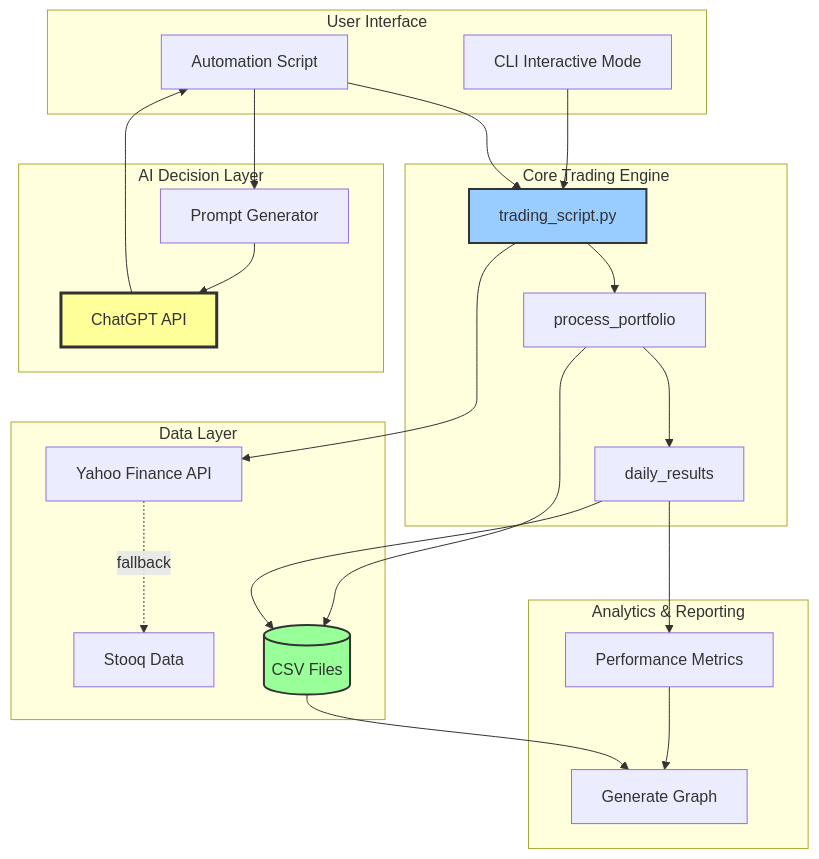
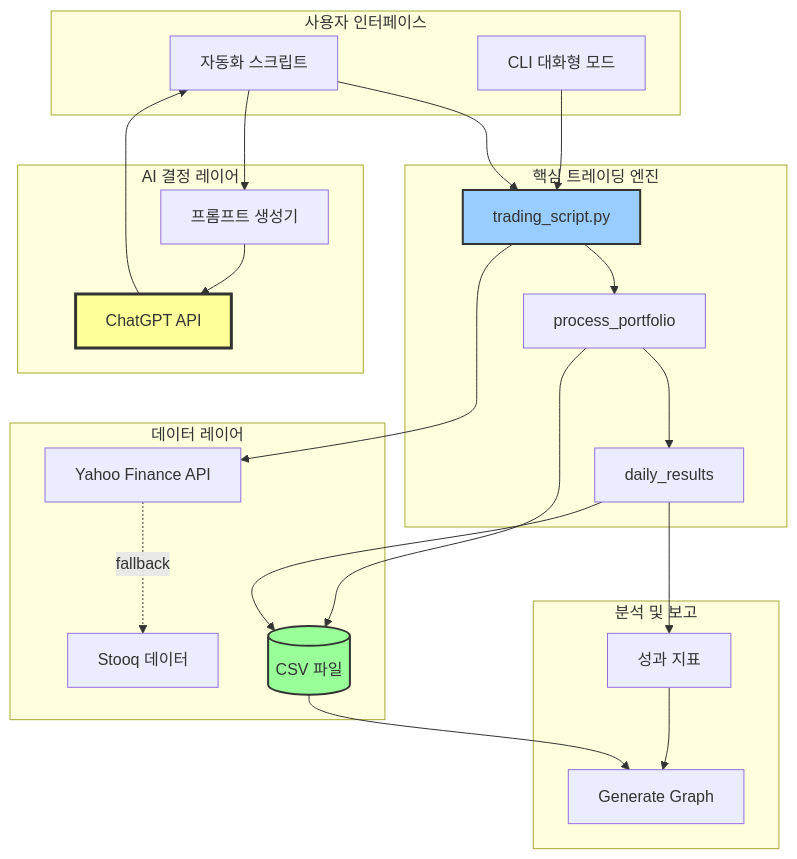
One commit to gyuha/investment-open-source-analysis changed the first of 10 diagrams in report/ChatGPT-Micro-Cap-Experiment/report-claude-sonnet.md. Above: the diagram before and after it, drawn with Mermaid. The commit also changed other lines of this file and 1 other file, not shown here.

Commit message:
Change graph orientation from TD to LR in report-claude-sonnet.md for improved readability of module dependencies

````diff
--- a/report/ChatGPT-Micro-Cap-Experiment/report-claude-sonnet.md
+++ b/report/ChatGPT-Micro-Cap-Experiment/report-claude-sonnet.md
@@ -122,51 +122,51 @@
 ```mermaid
 graph TB
-    subgraph "User Interface"
-        CLI[CLI Interactive Mode]
-        AUTO[Automation Script]
+    subgraph "사용자 인터페이스"
+        CLI[CLI 대화형 모드]
+        AUTO[자동화 스크립트]
     end
 
-    subgraph "Core Trading Engine"
+    subgraph "핵심 트레이딩 엔진"
         MAIN[trading_script.py]
         PROC[process_portfolio]
         DAILY[daily_results]
     end
 
-    subgraph "Data Layer"
+    subgraph "데이터 레이어"
         YAHOO[Yahoo Finance API]
-        STOOQ[Stooq Data]
-        CSV[(CSV Files)]
+        STOOQ[Stooq 데이터]
+        CSV[(CSV 파일)]
     end
 
-    subgraph "AI Decision Layer"
+    subgraph "AI 결정 레이어"
         GPT[ChatGPT API]
-        PROMPT[Prompt Generator]
+        PROMPT[프롬프트 생성기]
     end
 
-    subgraph "Analytics & Reporting"
+    subgraph "분석 및 보고"
         GRAPH[Generate Graph]
-        PERF[Performance Metrics]
+        PERF[성과 지표]
     end
 
     CLI --> MAIN
     AUTO --> MAIN
     MAIN --> PROC
     PROC --> DAILY
     DAILY --> PERF
 
     MAIN --> YAHOO
     YAHOO -.fallback.-> STOOQ
     PROC --> CSV
     DAILY --> CSV
 
     AUTO --> PROMPT
     PROMPT --> GPT
     GPT --> AUTO
 
     PERF --> GRAPH
     CSV --> GRAPH
 
     style GPT fill:#ff9,stroke:#333,stroke-width:3px
     style MAIN fill:#9cf,stroke:#333,stroke-width:2px
     style CSV fill:#9f9,stroke:#333,stroke-width:2px
 ```
````
